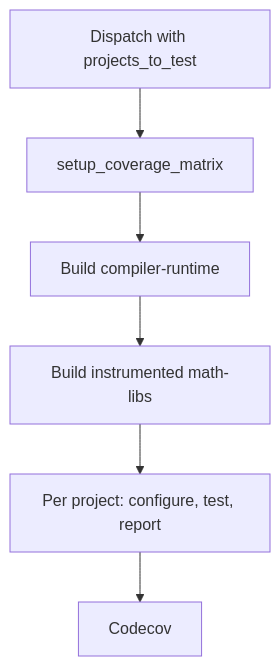
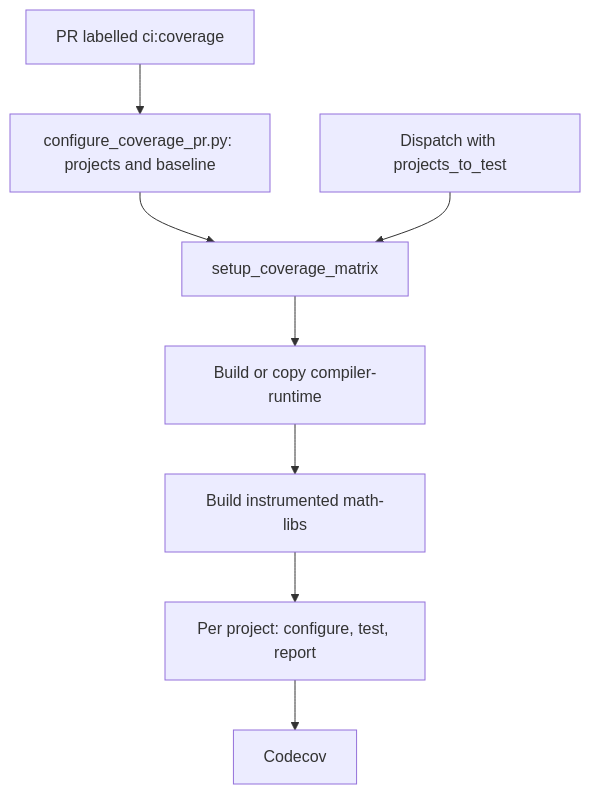
Before and after one commit to ROCm/TheRock: the diagram in docs/development/code_coverage.md, drawn with Mermaid. The commit also changed other lines of this file and 6 other files, not shown here.

````diff
--- a/docs/development/code_coverage.md
+++ b/docs/development/code_coverage.md
@@ -107,8 +107,10 @@
 ```mermaid
 graph TD
+    pr[PR labelled ci:coverage] --> plan[configure_coverage_pr.py: projects and baseline]
+    plan --> matrix
     dispatch[Dispatch with projects_to_test] --> matrix[setup_coverage_matrix]
-    matrix --> compilerRuntime[Build compiler-runtime]
+    matrix --> compilerRuntime[Build or copy compiler-runtime]
     compilerRuntime --> mathLibs[Build instrumented math-libs]
     mathLibs --> report[Per project: configure, test, report]
     report --> codecov[Codecov]
 ```
````
